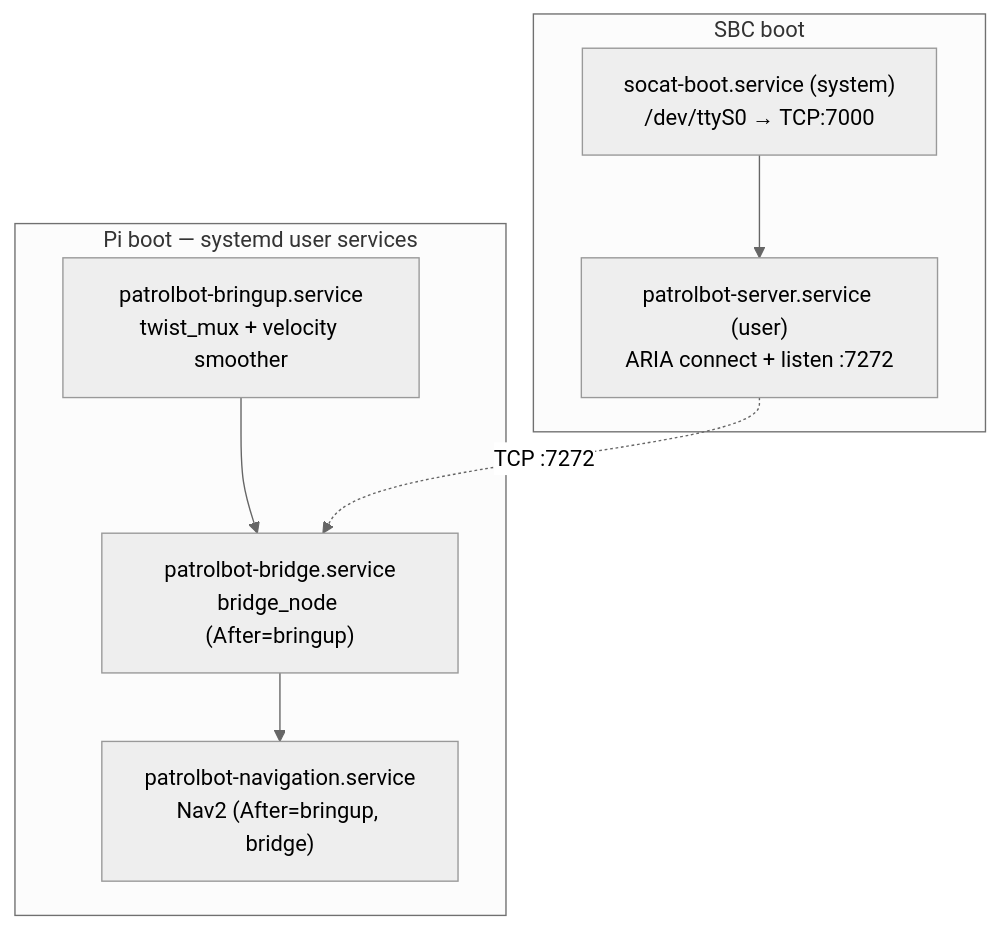
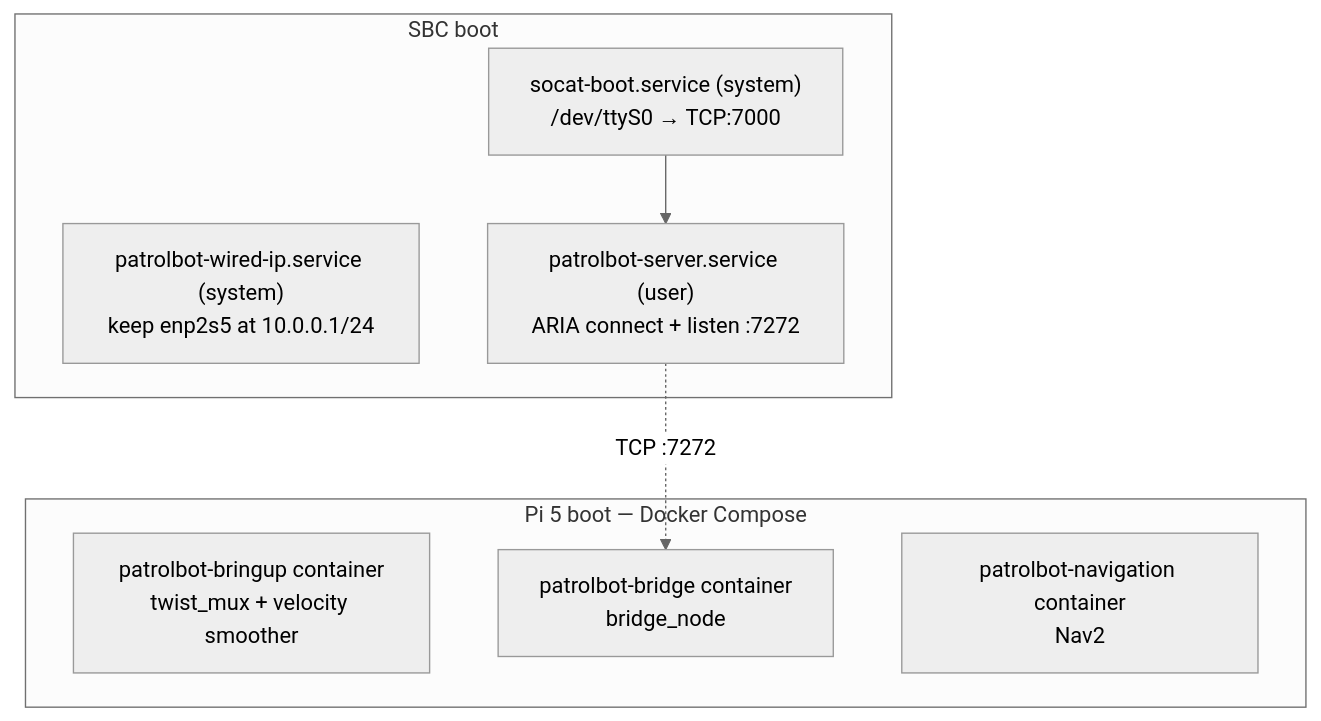
Before and after one commit to cmu-impactlab/patrolbot: the first of 3 diagrams in docs/architecture/execution-flow.md, drawn with Mermaid (neutral theme). The commit also changed other lines of this file and 52 other files, not shown here.

````diff
--- a/docs/architecture/execution-flow.md
+++ b/docs/architecture/execution-flow.md
@@ -18,17 +18,17 @@
 ```mermaid
 flowchart TB
     subgraph SBCBOOT["SBC boot"]
+        S0["patrolbot-wired-ip.service (system)\nkeep enp2s5 at 10.0.0.1/24"]
         S1["socat-boot.service (system)\n/dev/ttyS0 → TCP:7000"]
         S2["patrolbot-server.service (user)\nARIA connect + listen :7272"]
         S1 --> S2
     end
 
-    subgraph PIBOOT["Pi boot — systemd user services"]
-        P1["patrolbot-bringup.service\ntwist_mux + velocity smoother"]
-        P2["patrolbot-bridge.service\nbridge_node (After=bringup)"]
-        P3["patrolbot-navigation.service\nNav2 (After=bringup, bridge)"]
-        P1 --> P2 --> P3
+    subgraph PIBOOT["Pi 5 boot — Docker Compose"]
+        P1["patrolbot-bringup container\ntwist_mux + velocity smoother"]
+        P2["patrolbot-bridge container\nbridge_node"]
+        P3["patrolbot-navigation container\nNav2"]
     end
 
     S2 -. "TCP :7272" .-> P2
 ```
````
